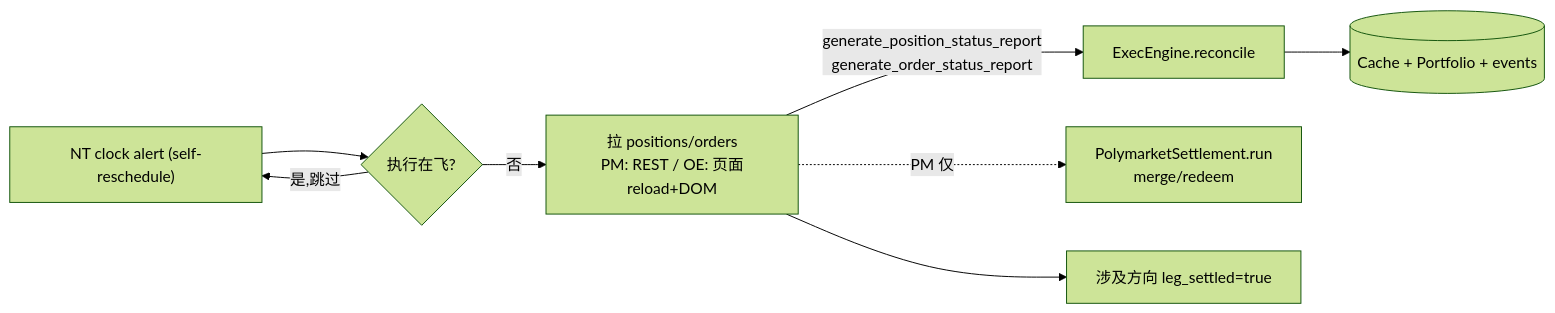
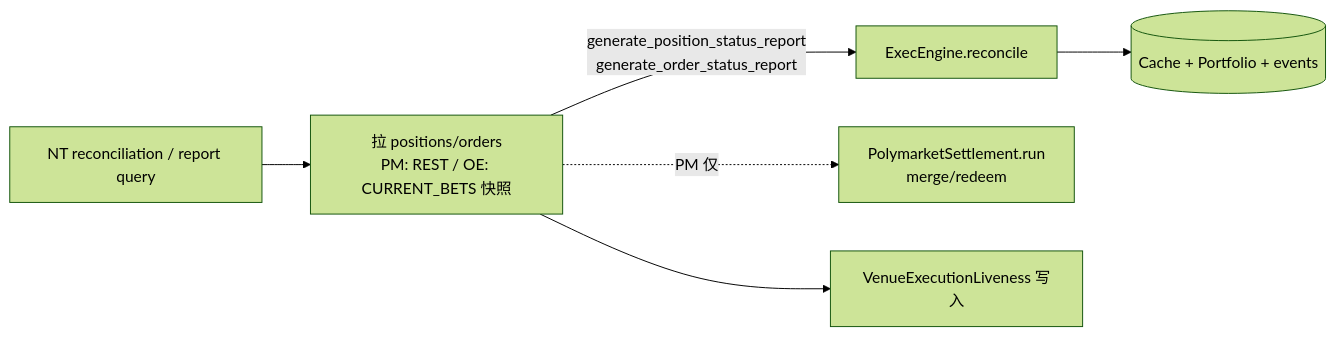
The second of 5 diagrams in docs/arbitrage/architectures/execution/architecture.md (psnewer/nautilus_trader), drawn with Mermaid (forest theme) before and after one commit. The commit also changed other lines of this file and 57 other files, not shown here.

````diff
--- a/docs/arbitrage/architectures/execution/architecture.md
+++ b/docs/arbitrage/architectures/execution/architecture.md
@@ -48,10 +47,8 @@
 ```mermaid
 flowchart LR
-  T["NT clock alert (self-reschedule)"] --> HC{执行在飞?}
-  HC -->|是,跳过| T
-  HC -->|否| PULL["拉 positions/orders<br/>PM: REST / OE: 页面reload+DOM"]
+  T["NT reconciliation / report query"] --> PULL["拉 positions/orders<br/>PM: REST / OE: CURRENT_BETS 快照"]
   PULL -->|generate_position_status_report<br/>generate_order_status_report| RECON[ExecEngine.reconcile]
   RECON --> C[(Cache + Portfolio + events)]
   PULL -.PM 仅.-> SETTLE["PolymarketSettlement.run<br/>merge/redeem"]
-  PULL --> SETTLED["涉及方向 leg_settled=true"]
+  PULL --> VL["VenueExecutionLiveness 写入"]
 ```
````
